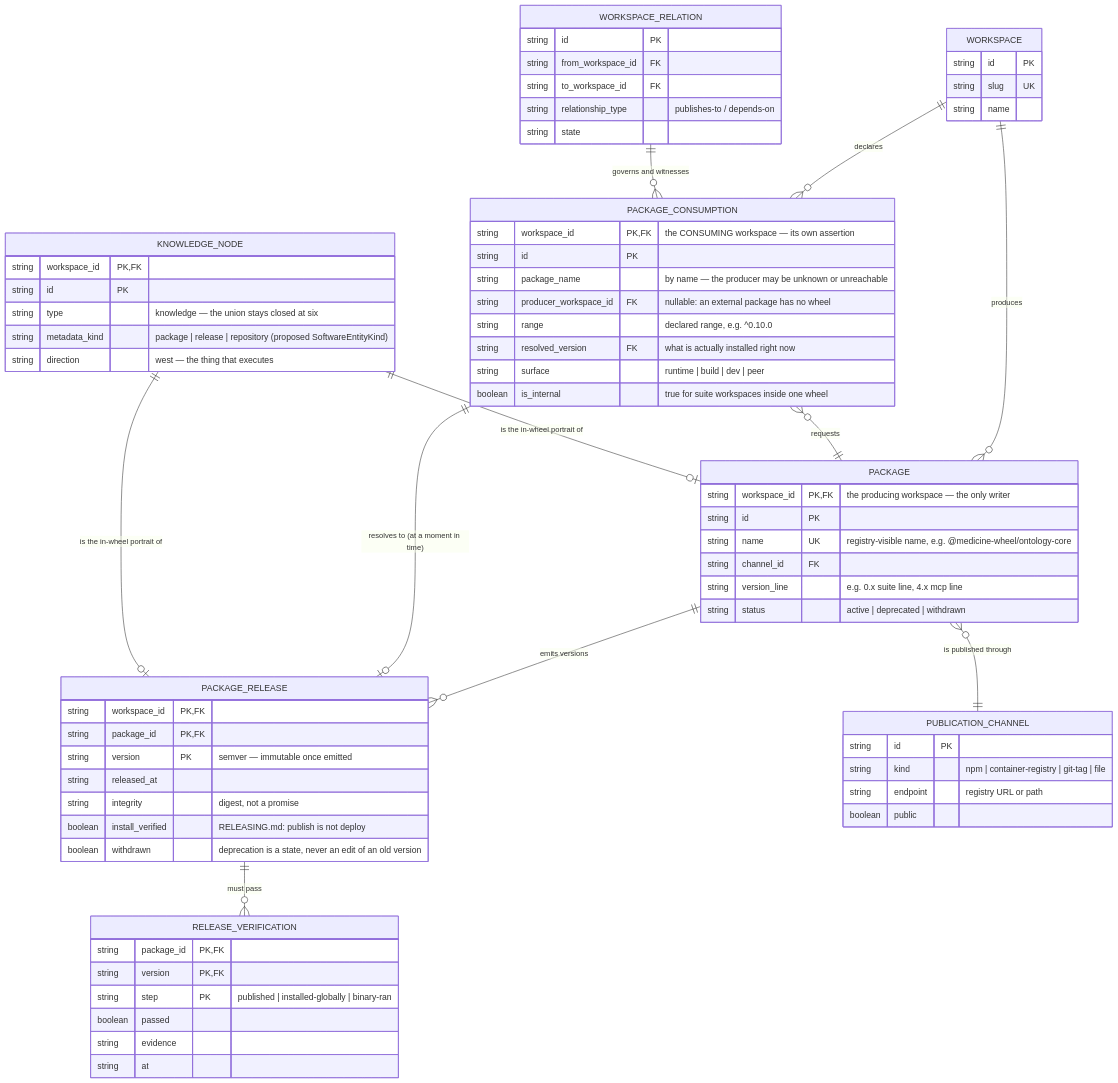
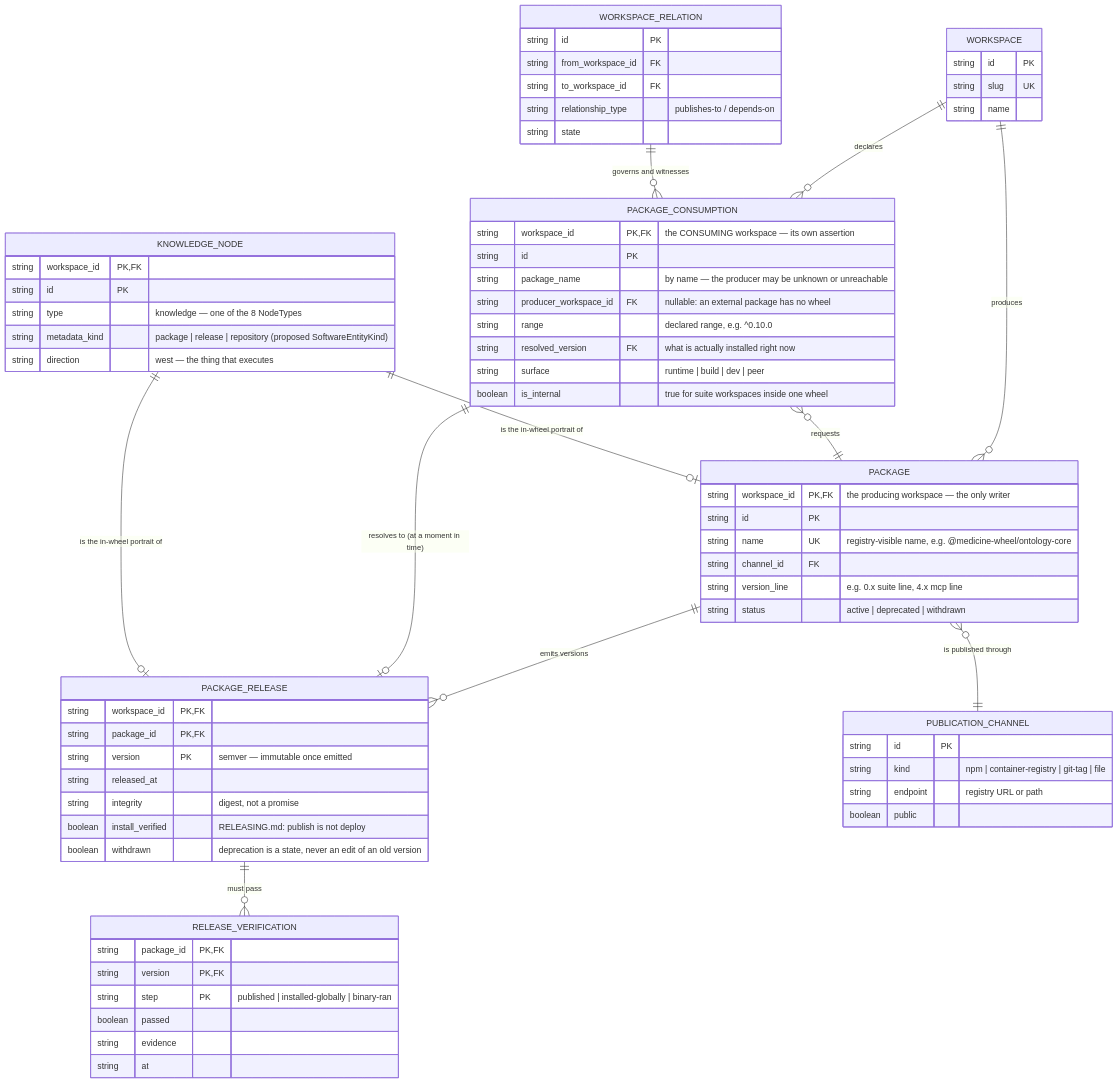
Before and after one commit to jgwill/medicine-wheel: the second of 3 diagrams in rispecs/workspace/workspace-erd-relations.md, drawn with Mermaid. The commit also changed other lines of this file and 6 other files, not shown here.

````diff
--- a/rispecs/workspace/workspace-erd-relations.md
+++ b/rispecs/workspace/workspace-erd-relations.md
@@ -186,82 +186,82 @@
 ```mermaid
 erDiagram
     WORKSPACE ||--o{ PACKAGE : "produces"
     PACKAGE ||--o{ PACKAGE_RELEASE : "emits versions"
     PACKAGE }o--|| PUBLICATION_CHANNEL : "is published through"
     WORKSPACE ||--o{ PACKAGE_CONSUMPTION : "declares"
     PACKAGE_CONSUMPTION }o--|| PACKAGE : "requests"
     PACKAGE_CONSUMPTION ||--o| PACKAGE_RELEASE : "resolves to (at a moment in time)"
     PACKAGE_RELEASE ||--o{ RELEASE_VERIFICATION : "must pass"
     WORKSPACE_RELATION ||--o{ PACKAGE_CONSUMPTION : "governs and witnesses"
 
     KNOWLEDGE_NODE ||--o| PACKAGE : "is the in-wheel portrait of"
     KNOWLEDGE_NODE ||--o| PACKAGE_RELEASE : "is the in-wheel portrait of"
 
     WORKSPACE {
         string id PK
         string slug UK
         string name
     }
 
     PACKAGE {
         string workspace_id PK, FK "the producing workspace — the only writer"
         string id PK
         string name UK "registry-visible name, e.g. @medicine-wheel/ontology-core"
         string channel_id FK
         string version_line "e.g. 0.x suite line, 4.x mcp line"
         string status "active | deprecated | withdrawn"
     }
 
     PUBLICATION_CHANNEL {
         string id PK
         string kind "npm | container-registry | git-tag | file"
         string endpoint "registry URL or path"
         boolean public
     }
 
     PACKAGE_RELEASE {
         string workspace_id PK, FK
         string package_id PK, FK
         string version PK "semver — immutable once emitted"
         string released_at
         string integrity "digest, not a promise"
         boolean install_verified "RELEASING.md: publish is not deploy"
         boolean withdrawn "deprecation is a state, never an edit of an old version"
     }
 
     RELEASE_VERIFICATION {
         string package_id PK, FK
         string version PK, FK
         string step PK "published | installed-globally | binary-ran"
         boolean passed
         string evidence
         string at
     }
 
     PACKAGE_CONSUMPTION {
         string workspace_id PK, FK "the CONSUMING workspace — its own assertion"
         string id PK
         string package_name "by name — the producer may be unknown or unreachable"
         string producer_workspace_id FK "nullable: an external package has no wheel"
         string range "declared range, e.g. ^0.10.0"
         string resolved_version FK "what is actually installed right now"
         string surface "runtime | build | dev | peer"
         boolean is_internal "true for suite workspaces inside one wheel"
     }
 
     KNOWLEDGE_NODE {
         string workspace_id PK, FK
         string id PK
-        string type "knowledge — the union stays closed at six"
+        string type "knowledge — one of the 8 NodeTypes"
         string metadata_kind "package | release | repository (proposed SoftwareEntityKind)"
         string direction "west — the thing that executes"
     }
 
     WORKSPACE_RELATION {
         string id PK
         string from_workspace_id FK
         string to_workspace_id FK
         string relationship_type "publishes-to / depends-on"
         string state
     }
 ```
````
